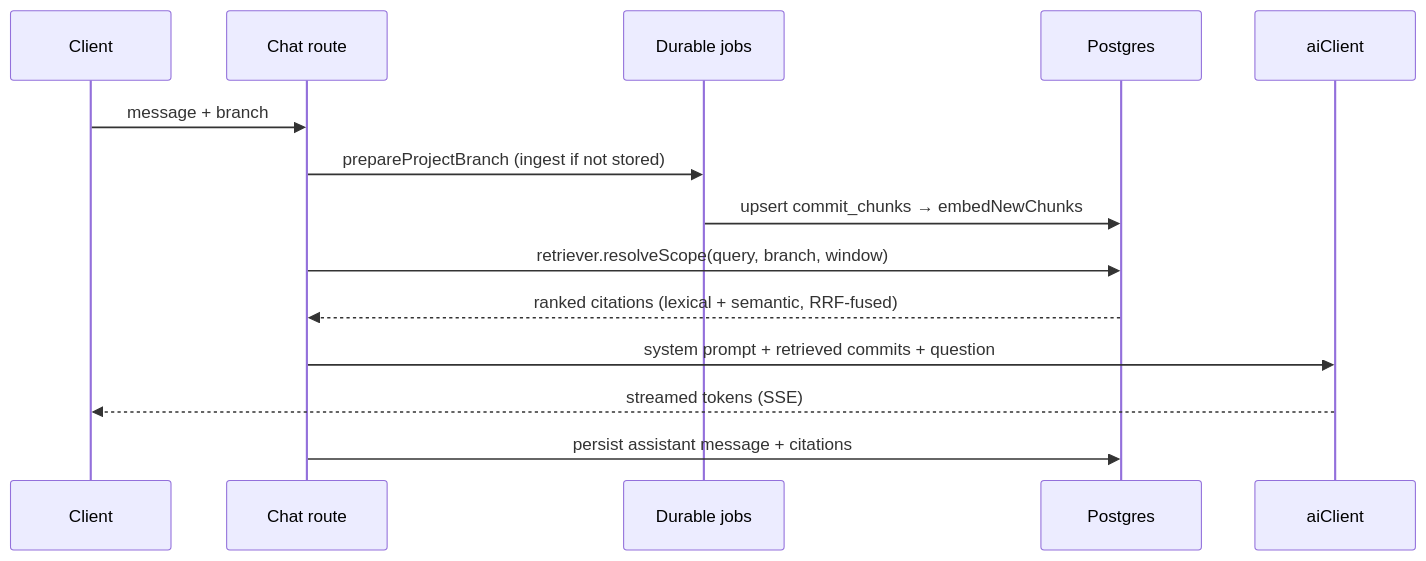
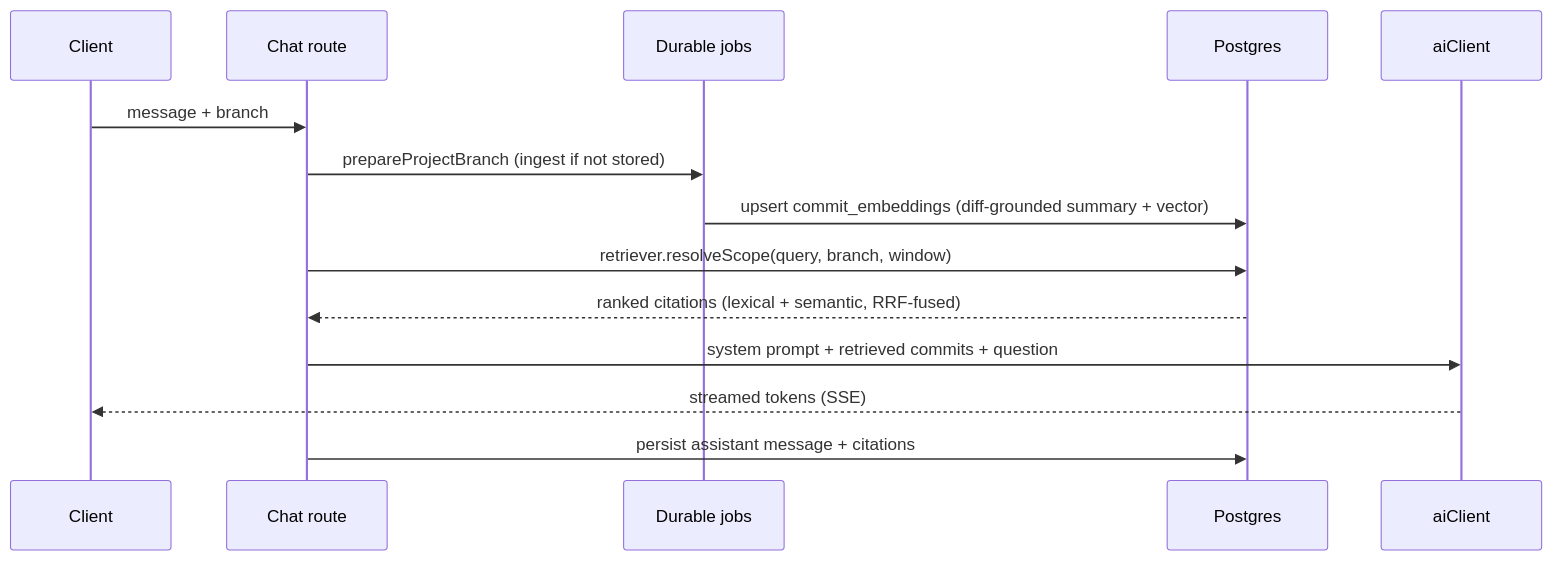
The second of 5 diagrams in docs/architecture.md (franciscoluna-28/Scrapecat), drawn with Mermaid before and after one commit. The commit also changed other lines of this file and 8 other files, not shown here.

First line of the commit message:
docs: document diff-grounded ingestion and simple retrieval

````diff
--- a/docs/architecture.md
+++ b/docs/architecture.md
@@ -48,17 +48,17 @@
 ```mermaid
 sequenceDiagram
     participant C as Client
     participant API as Chat route
     participant Q as Durable jobs
     participant DB as Postgres
     participant LLM as aiClient
 
     C->>API: message + branch
     API->>Q: prepareProjectBranch (ingest if not stored)
-    Q->>DB: upsert commit_chunks → embedNewChunks
+    Q->>DB: upsert commit_embeddings (diff-grounded summary + vector)
     API->>DB: retriever.resolveScope(query, branch, window)
     DB-->>API: ranked citations (lexical + semantic, RRF-fused)
     API->>LLM: system prompt + retrieved commits + question
     LLM-->>C: streamed tokens (SSE)
     API->>DB: persist assistant message + citations
 ```
````
